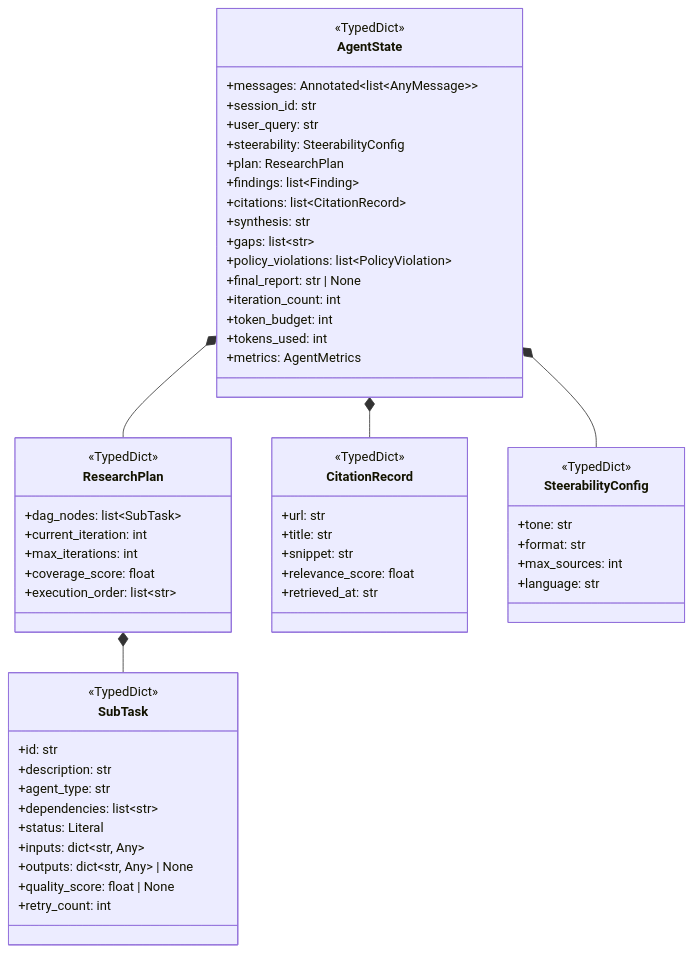
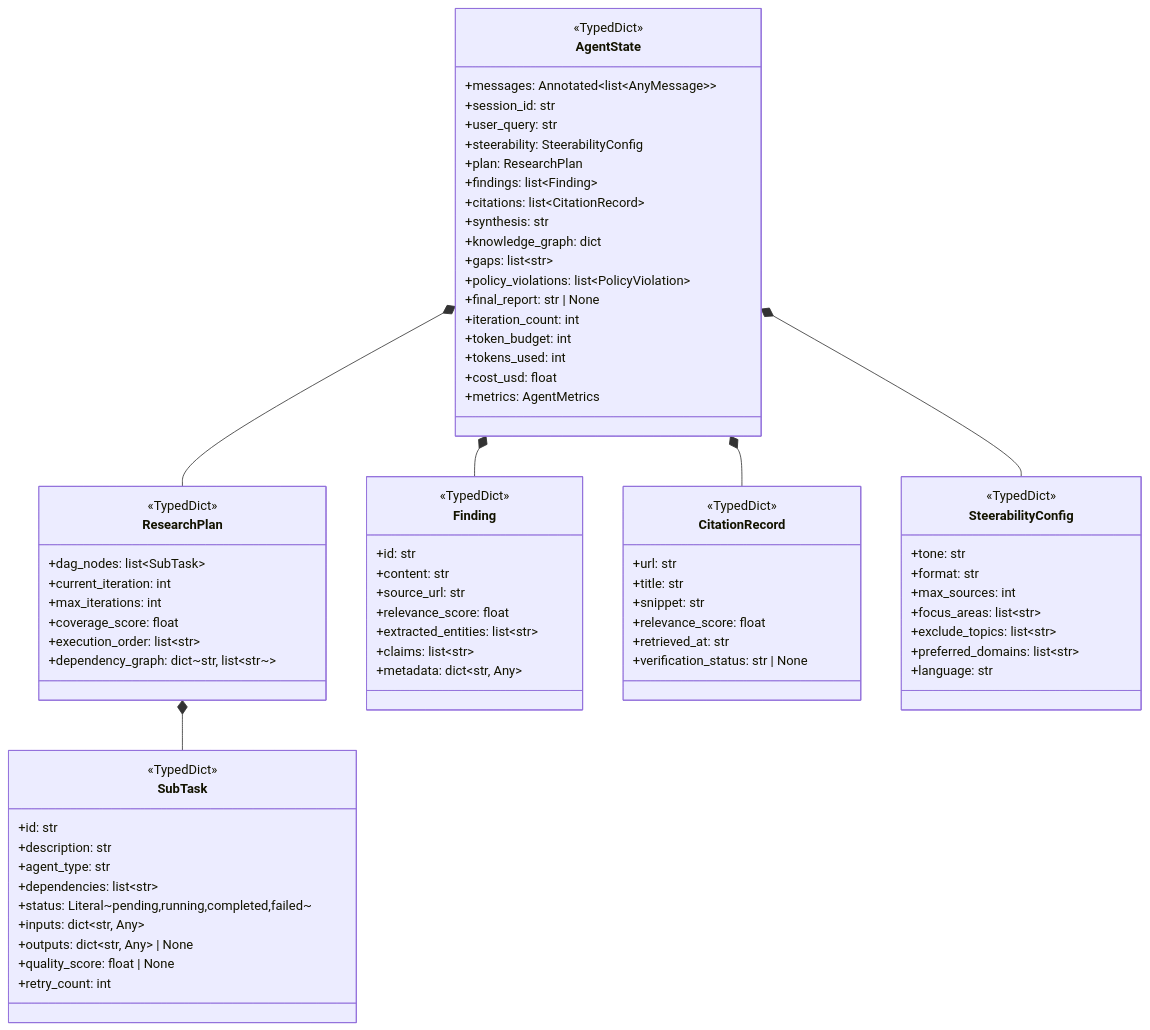
Before and after one commit to satyamaix/DeepResearchX: the second of 26 diagrams in docs/LLD.md, drawn with Mermaid. The commit also changed other lines of this file and 2 other files, not shown here.

```diff
--- a/docs/LLD.md
+++ b/docs/LLD.md
@@ -101,12 +112,14 @@
         +findings: list~Finding~
         +citations: list~CitationRecord~
         +synthesis: str
+        +knowledge_graph: dict
         +gaps: list~str~
         +policy_violations: list~PolicyViolation~
         +final_report: str | None
         +iteration_count: int
         +token_budget: int
         +tokens_used: int
+        +cost_usd: float
         +metrics: AgentMetrics
     }
 
@@ -117,6 +130,7 @@
         +max_iterations: int
         +coverage_score: float
         +execution_order: list~str~
+        +dependency_graph: dict~str, list~str~~
     }
 
     class SubTask {
@@ -125,11 +139,22 @@
         +description: str
         +agent_type: str
         +dependencies: list~str~
-        +status: Literal
+        +status: Literal~pending,running,completed,failed~
         +inputs: dict~str, Any~
         +outputs: dict~str, Any~ | None
         +quality_score: float | None
         +retry_count: int
+    }
+
+    class Finding {
+        <<TypedDict>>
+        +id: str
+        +content: str
+        +source_url: str
+        +relevance_score: float
+        +extracted_entities: list~str~
+        +claims: list~str~
+        +metadata: dict~str, Any~
     }
 
     class CitationRecord {
@@ -139,6 +164,7 @@
         +snippet: str
         +relevance_score: float
         +retrieved_at: str
+        +verification_status: str | None
     }
 
     class SteerabilityConfig {
@@ -146,10 +172,14 @@
         +tone: str
         +format: str
         +max_sources: int
+        +focus_areas: list~str~
+        +exclude_topics: list~str~
+        +preferred_domains: list~str~
         +language: str
     }
 
     AgentState *-- ResearchPlan
+    AgentState *-- Finding
     AgentState *-- CitationRecord
     AgentState *-- SteerabilityConfig
     ResearchPlan *-- SubTask
```
